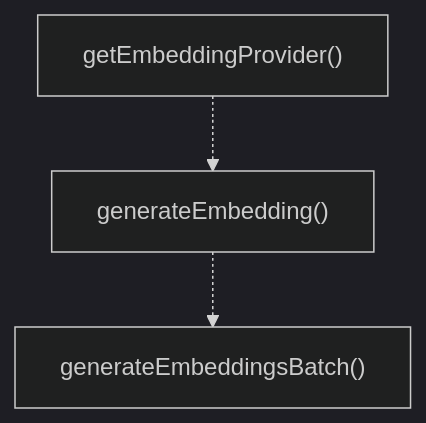
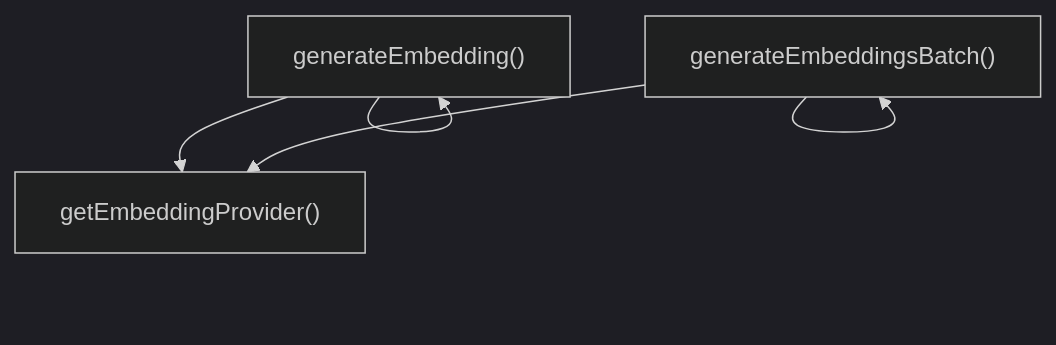
The third of 4 diagrams in ABDD/.pi/lib/embeddings/registry.md (Mekann2904/mekann), drawn with Mermaid (dark theme) before and after one commit. The commit also changed other lines of this file and 277 other files, not shown here.

````diff
--- a/ABDD/.pi/lib/embeddings/registry.md
+++ b/ABDD/.pi/lib/embeddings/registry.md
@@ -66,8 +66,10 @@
 ```mermaid
 flowchart TD
-  getEmbeddingProvider["getEmbeddingProvider()"]
   generateEmbedding["generateEmbedding()"]
   generateEmbeddingsBatch["generateEmbeddingsBatch()"]
-  getEmbeddingProvider -.-> generateEmbedding
-  generateEmbedding -.-> generateEmbeddingsBatch
+  getEmbeddingProvider["getEmbeddingProvider()"]
+  generateEmbedding --> generateEmbedding
+  generateEmbedding --> getEmbeddingProvider
+  generateEmbeddingsBatch --> generateEmbeddingsBatch
+  generateEmbeddingsBatch --> getEmbeddingProvider
 ```
````
